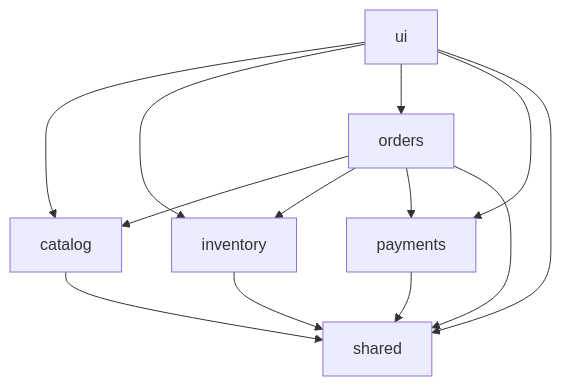
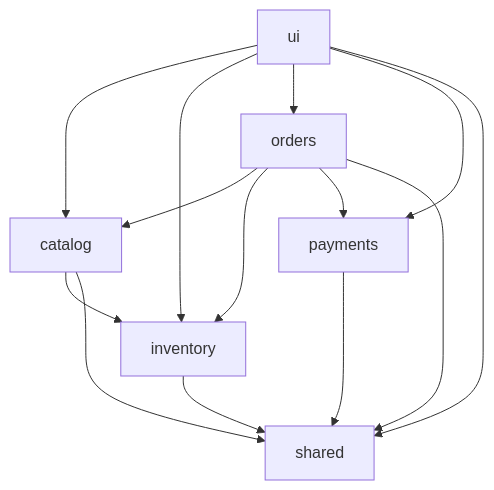
One commit to rajadilipkolli/retail-store-modulith changed the diagram in README.md. Above: the diagram before and after it, drawn with Mermaid. The commit also changed other lines of this file and 51 other files, not shown here.

````diff
--- a/README.md
+++ b/README.md
@@ -107,17 +108,18 @@
 ```mermaid
 graph TD
     UI[ui] --> Catalog[catalog]
     UI --> Inventory[inventory]
     UI --> Orders[orders]
     UI --> Payments[payments]
     UI --> Shared[shared]
 
     Orders --> Catalog
     Orders --> Inventory
     Orders --> Payments
     Orders --> Shared
 
+    Catalog --> Inventory
+    Catalog --> Shared
     Inventory --> Shared
-    Catalog --> Shared
     Payments --> Shared
 ```
````
